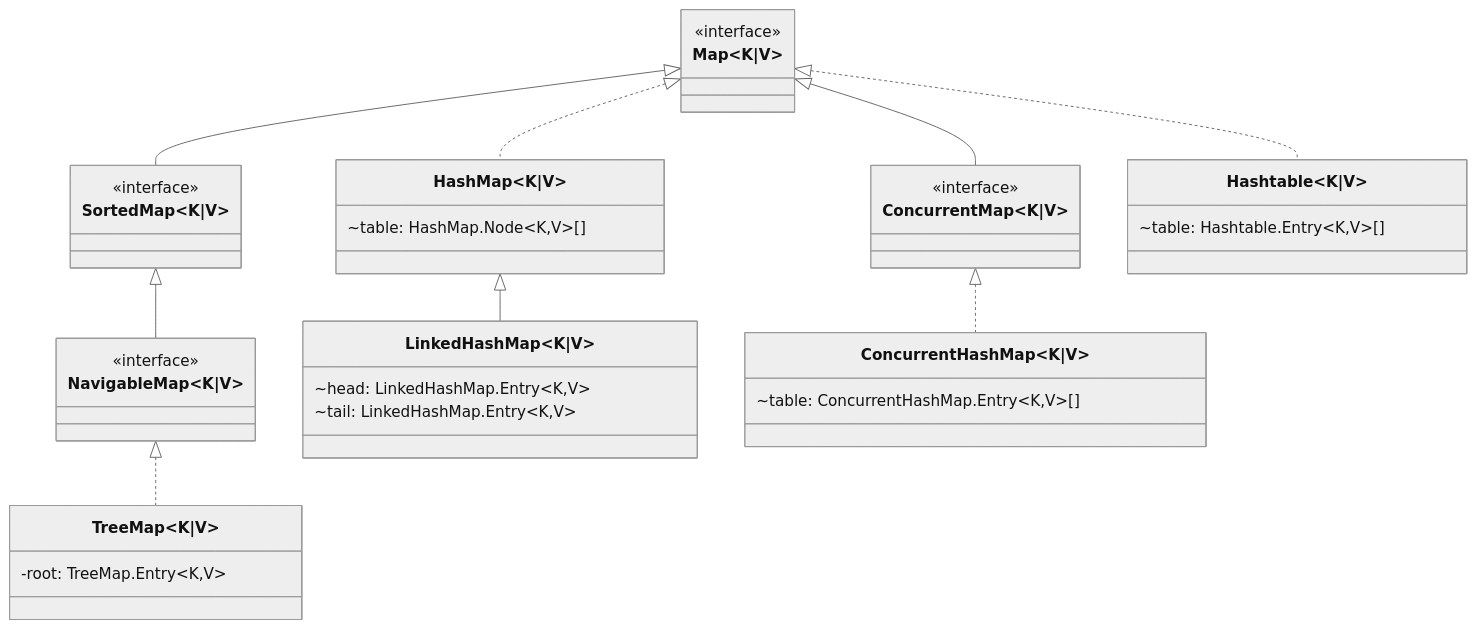
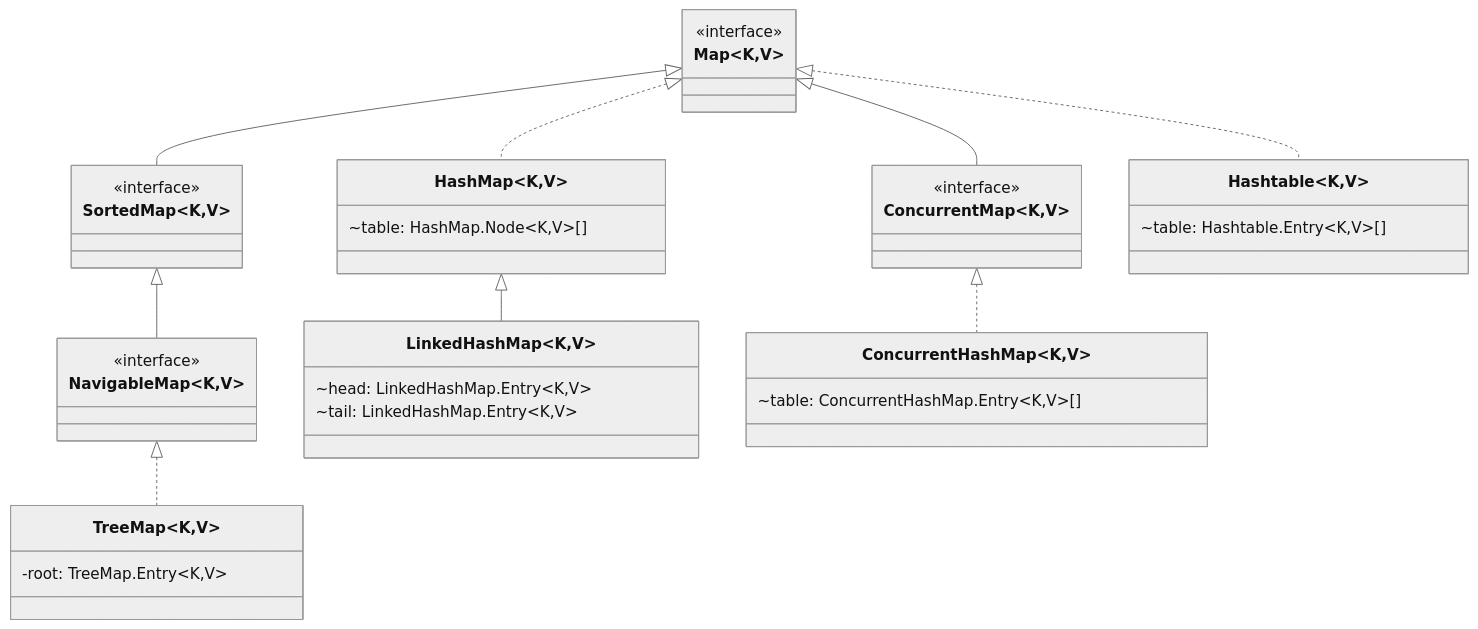
Before and after one commit to whiteChen233/whitechen233.github.io: the second of 2 diagrams in src/docs/note/back-end/java/Collection.md, drawn with Mermaid (neutral theme). The commit also changed other lines of this file and 4 other files, not shown here.

````diff
--- a/src/docs/note/back-end/java/Collection.md
+++ b/src/docs/note/back-end/java/Collection.md
@@ -281,39 +281,39 @@
 ```mermaid
 classDiagram
-  class Map ~K|V~ {
+  class Map ~K,V~ {
     <<interface>>
   }
-  class ConcurrentMap ~K|V~ {
+  class ConcurrentMap ~K,V~ {
     <<interface>>
   }
-  class SortedMap ~K|V~ {
+  class SortedMap ~K,V~ {
     <<interface>>
   }
-  class NavigableMap ~K|V~ {
+  class NavigableMap ~K,V~ {
     <<interface>>
   }
-  class HashMap ~K|V~ {
+  class HashMap ~K,V~ {
     ~table: HashMap.Node&lt;K,V&gt;[]
   }
-  class Hashtable ~K|V~ {
+  class Hashtable ~K,V~ {
     ~table: Hashtable.Entry&lt;K,V&gt;[]
   }
-  class LinkedHashMap ~K|V~ {
+  class LinkedHashMap ~K,V~ {
     ~head: LinkedHashMap.Entry&lt;K,V&gt;
     ~tail: LinkedHashMap.Entry&lt;K,V&gt;
   }
-  class ConcurrentHashMap ~K|V~ {
+  class ConcurrentHashMap ~K,V~ {
     ~table: ConcurrentHashMap.Entry&lt;K,V&gt;[]
   }
-  class TreeMap ~K|V~ {
+  class TreeMap ~K,V~ {
     -root: TreeMap.Entry&lt;K,V&gt;
   }
   Map <|-- SortedMap
   Map <|.. HashMap
   Map <|.. Hashtable
   Map <|-- ConcurrentMap
   HashMap <|-- LinkedHashMap
   SortedMap <|-- NavigableMap
   NavigableMap <|.. TreeMap
   ConcurrentMap <|.. ConcurrentHashMap
 ```
````
